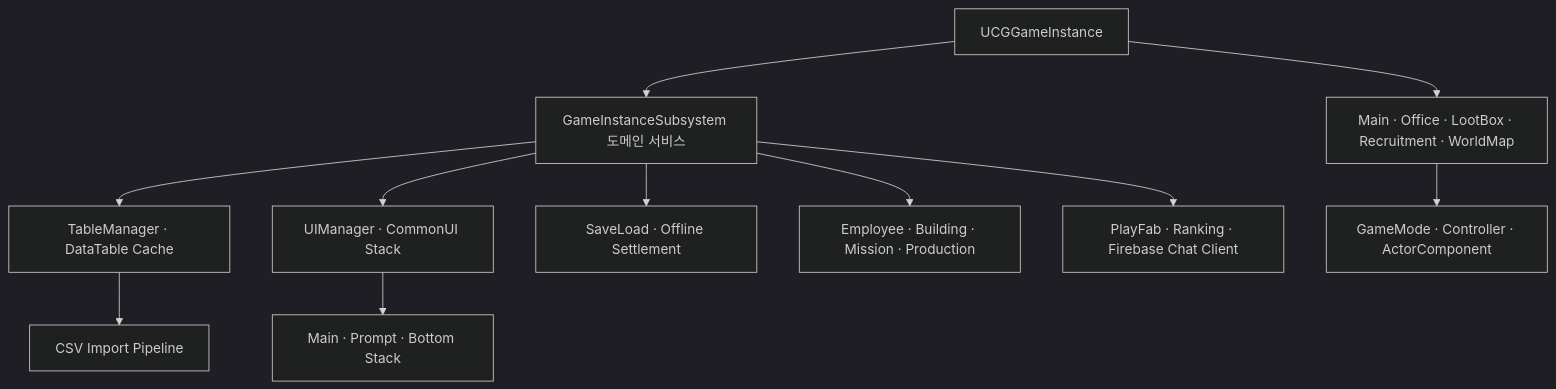
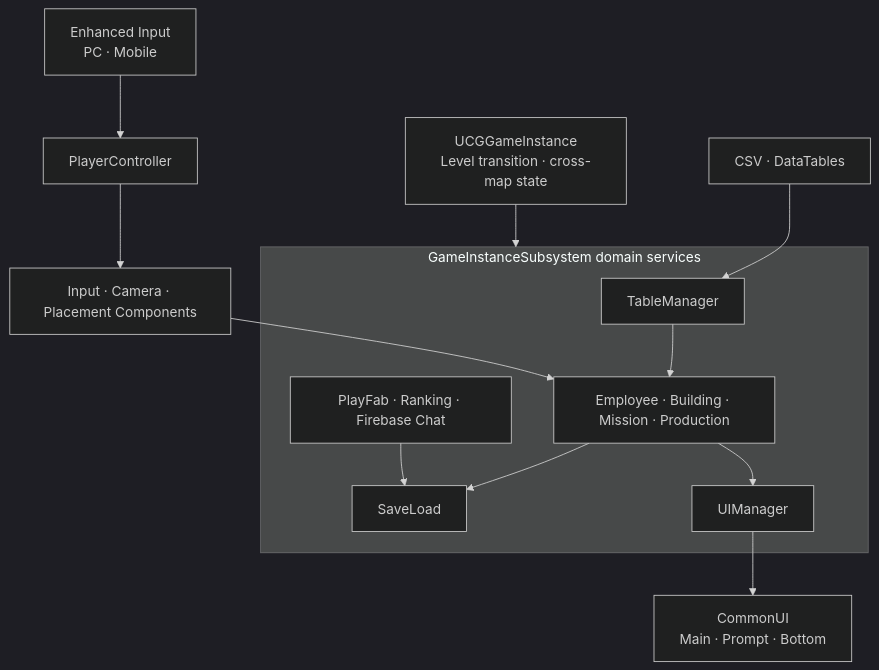
Before and after one commit to Growcompany/IdleCompany-CityTycoon: the diagram in README.md, drawn with Mermaid (dark theme). The commit also changed other lines of this file and 13 other files, not shown here.

````diff
--- a/README.md
+++ b/README.md
@@ -22,13 +97,23 @@
-```mermaid
-flowchart TD
-    GI[UCGGameInstance] --> LEVELS[Main · Office · LootBox · Recruitment · WorldMap]
-    GI --> SERVICES[GameInstanceSubsystem 도메인 서비스]
-    SERVICES --> TABLE[TableManager · DataTable Cache]
-    SERVICES --> UI[UIManager · CommonUI Stack]
-    SERVICES --> SAVE[SaveLoad · Offline Settlement]
-    SERVICES --> GAME[Employee · Building · Mission · Production]
-    SERVICES --> NET[PlayFab · Ranking · Firebase Chat Client]
-    LEVELS --> ACTORS[GameMode · Controller · ActorComponent]
-    TABLE --> CSV[CSV Import Pipeline]
-    UI --> STACKS[Main · Prompt · Bottom Stack]
-```
+~~~mermaid
+flowchart TB
+    INPUT["Enhanced Input<br/>PC · Mobile"] --> PC["PlayerController"]
+    PC --> COMPONENTS["Input · Camera · Placement Components"]
+
+    GI["UCGGameInstance<br/>Level transition · cross-map state"] --> SERVICES
+
+    subgraph SERVICES["GameInstanceSubsystem domain services"]
+        TABLE["TableManager"]
+        SAVE["SaveLoad"]
+        UI["UIManager"]
+        GAME["Employee · Building · Mission · Production"]
+        NET["PlayFab · Ranking · Firebase Chat"]
+    end
+
+    CSV["CSV · DataTables"] --> TABLE
+    TABLE --> GAME
+    COMPONENTS --> GAME
+    GAME --> SAVE
+    NET --> SAVE
+    GAME --> UI
+    UI --> STACK["CommonUI<br/>Main · Prompt · Bottom"]
+~~~
````
